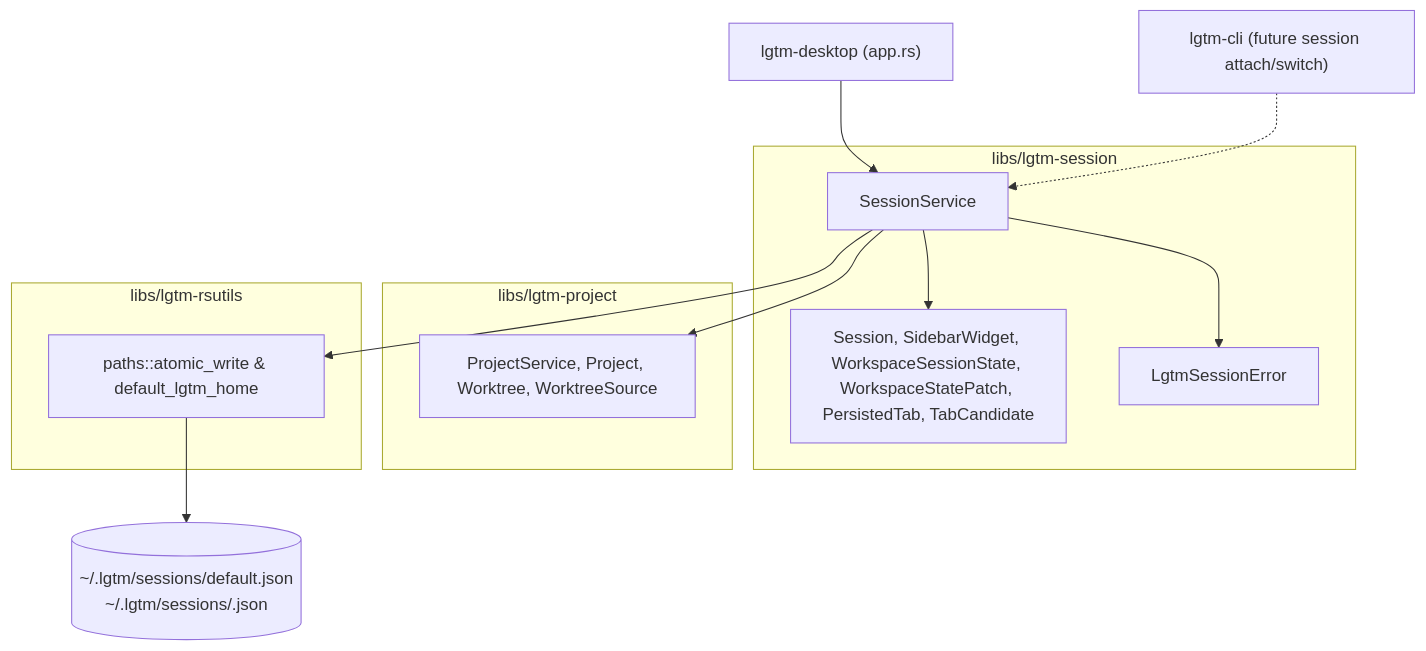
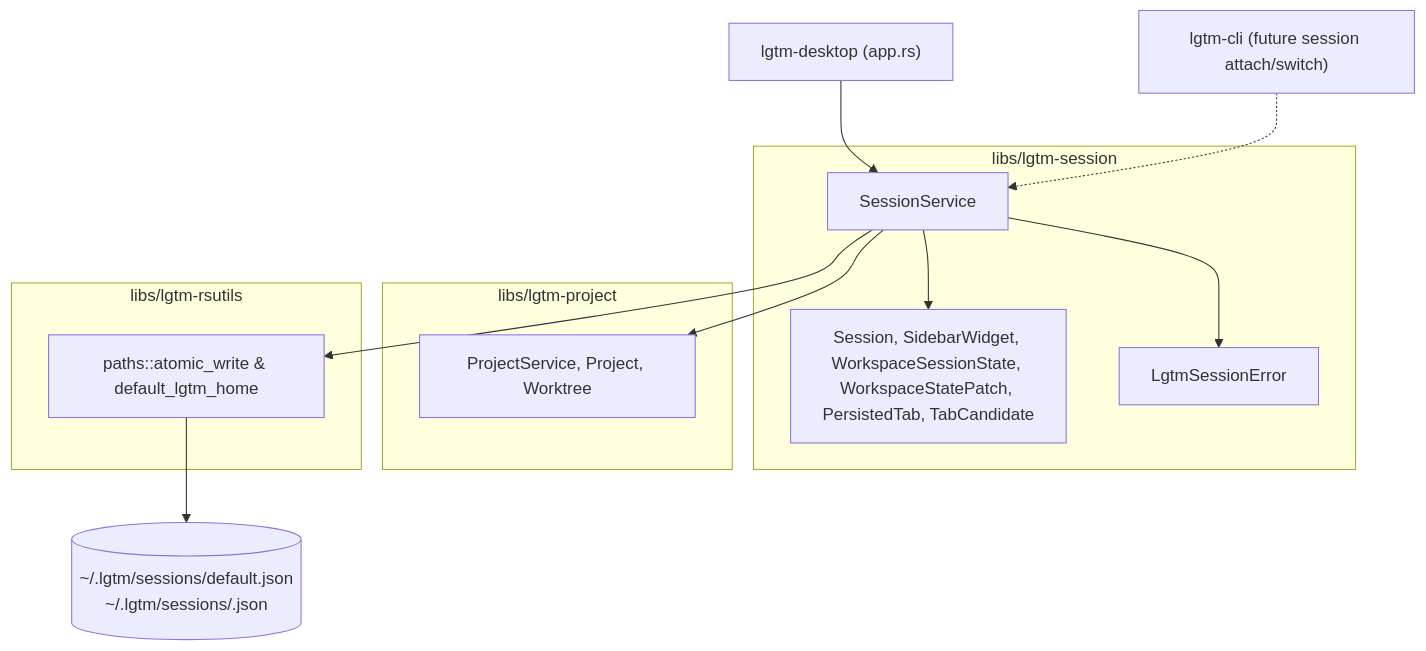
The first of 4 diagrams in docs/architecture/session/index.md (difflab-io/lgtm), drawn with Mermaid before and after one commit. The commit also changed other lines of this file and 23 other files, not shown here.

````diff
--- a/docs/architecture/session/index.md
+++ b/docs/architecture/session/index.md
@@ -27,27 +27,27 @@
 ```mermaid
 flowchart TB
     DESKTOP["lgtm-desktop (app.rs)"]
     CLI["lgtm-cli (future session attach/switch)"]
 
     subgraph SessionLib["libs/lgtm-session"]
         SVC["SessionService"]
         MODELS["Session, SidebarWidget, WorkspaceSessionState, WorkspaceStatePatch, PersistedTab, TabCandidate"]
         ERR["LgtmSessionError"]
         SVC --> MODELS
         SVC --> ERR
     end
 
     subgraph ProjectLib["libs/lgtm-project"]
-        PROJ["ProjectService, Project, Worktree, WorktreeSource"]
+        PROJ["ProjectService, Project, Worktree"]
     end
 
     subgraph RsUtils["libs/lgtm-rsutils"]
         ATOMIC["paths::atomic_write & default_lgtm_home"]
     end
 
     DESKTOP --> SVC
     CLI -.-> SVC
     SVC --> PROJ
     SVC --> ATOMIC
     ATOMIC --> DISK[("~/.lgtm/sessions/default.json\n~/.lgtm/sessions/<name>.json")]
 ```
````
